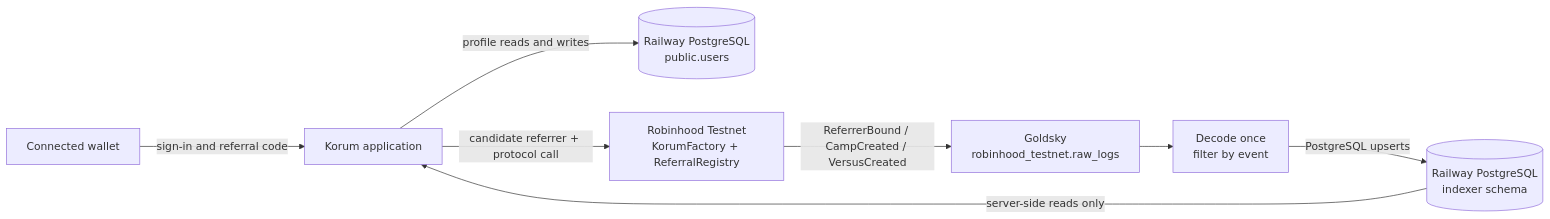
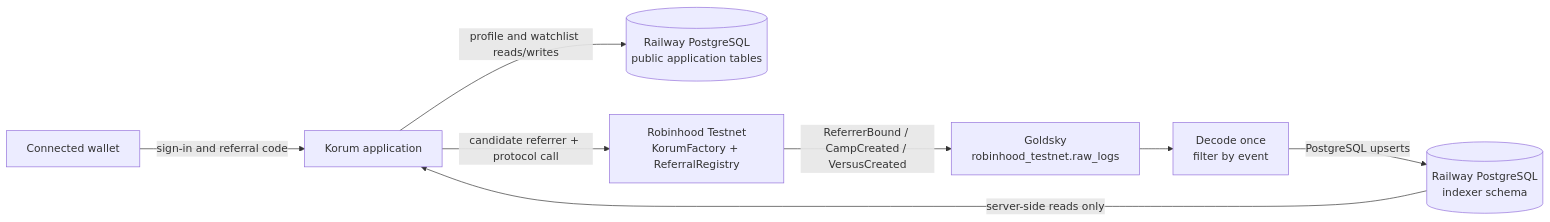
Before and after one commit to farau/korum-project: the diagram in docs/referral-and-indexer-architecture.md, drawn with Mermaid. The commit also changed other lines of this file and 25 other files, not shown here.

````diff
--- a/docs/referral-and-indexer-architecture.md
+++ b/docs/referral-and-indexer-architecture.md
@@ -24,18 +24,18 @@
 ```mermaid
 flowchart LR
   wallet[Connected wallet]
   app[Korum application]
-  users[(Railway PostgreSQL<br/>public.users)]
+  users[(Railway PostgreSQL<br/>public application tables)]
   contracts[Robinhood Testnet<br/>KorumFactory + ReferralRegistry]
   logs[Goldsky<br/>robinhood_testnet.raw_logs]
   decode[Decode once<br/>filter by event]
   indexer[(Railway PostgreSQL<br/>indexer schema)]
 
   wallet -->|sign-in and referral code| app
-  app -->|profile reads and writes| users
+  app -->|profile and watchlist reads/writes| users
   app -->|candidate referrer + protocol call| contracts
   contracts -->|ReferrerBound / CampCreated / VersusCreated| logs
   logs --> decode
   decode -->|PostgreSQL upserts| indexer
   indexer -->|server-side reads only| app
 ```
````
